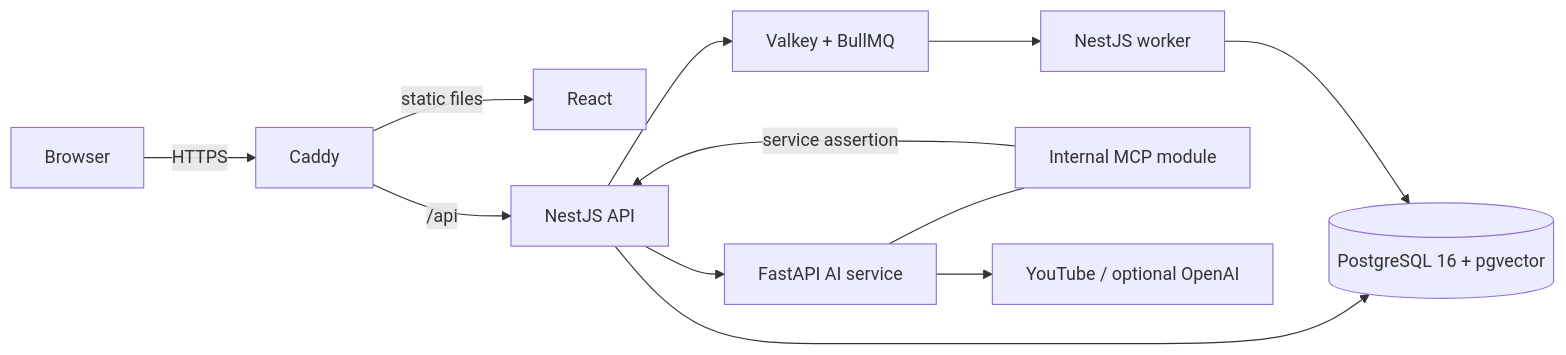
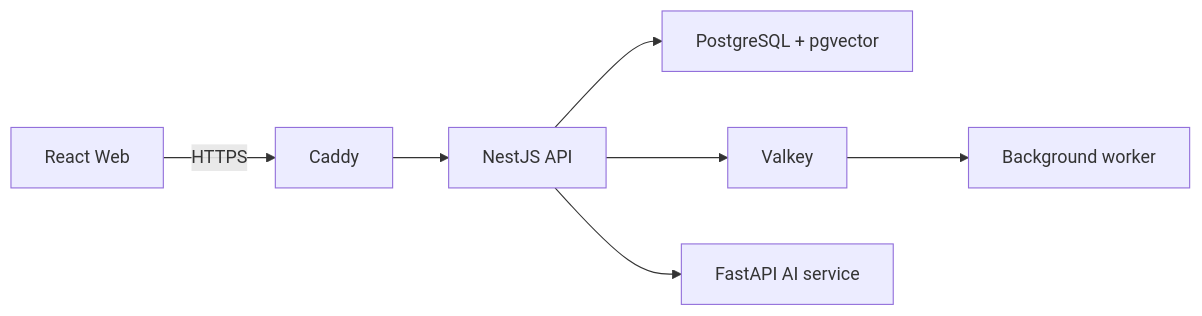
Before and after one commit to NearthYou/Studytube: the diagram in README.md, drawn with Mermaid. The commit also changed other lines of this file and 2 other files, not shown here.

````diff
--- a/README.md
+++ b/README.md
@@ -51,14 +37,9 @@
 ```mermaid
 flowchart LR
-  Browser["Browser"] -->|"HTTPS"| Edge["Caddy"]
-  Edge -->|"static files"| Web["React"]
-  Edge -->|"/api"| API["NestJS API"]
-  API --> DB[("PostgreSQL 16 + pgvector")]
-  API --> Queue["Valkey + BullMQ"]
-  Queue --> Worker["NestJS worker"]
-  Worker --> DB
+  Browser["React Web"] -->|"HTTPS"| Caddy
+  Caddy --> API["NestJS API"]
+  API --> PostgreSQL["PostgreSQL + pgvector"]
+  API --> Valkey
+  Valkey --> Worker["Background worker"]
   API --> AI["FastAPI AI service"]
-  AI --- MCP["Internal MCP module"]
-  MCP -->|"service assertion"| API
-  AI --> External["YouTube / optional OpenAI"]
 ```
````
